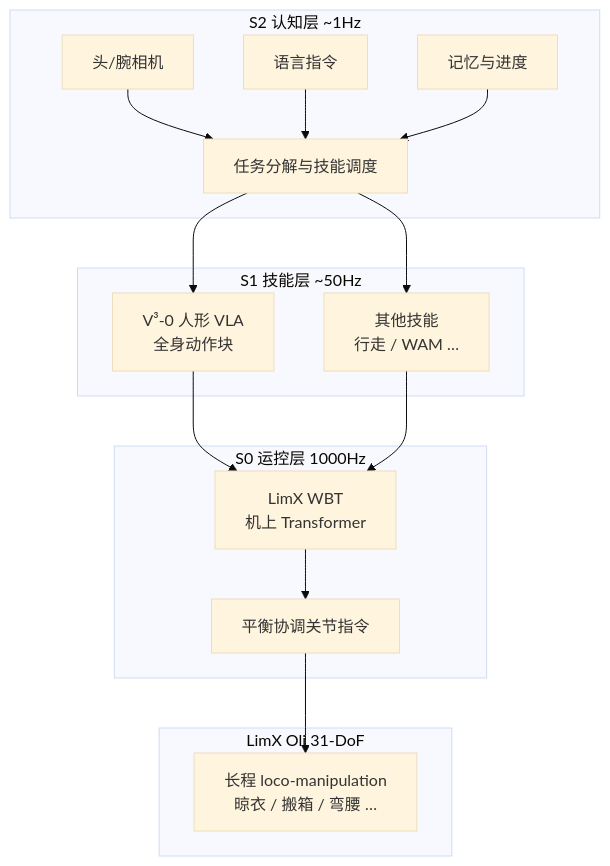
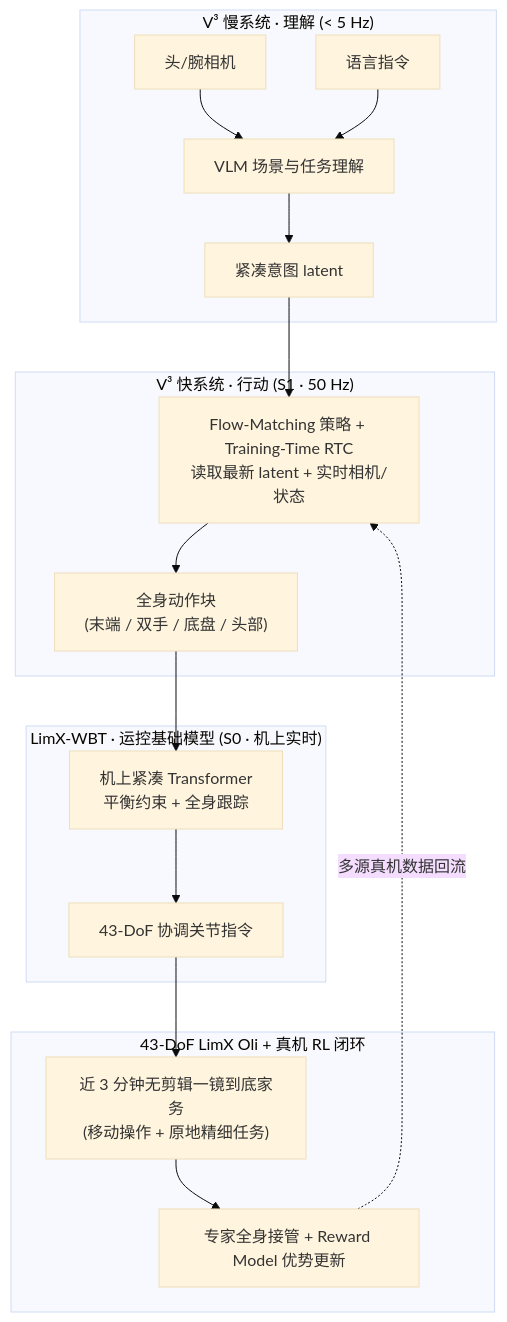
One commit to ImChong/Robotics_Notebooks changed the diagram in wiki/entities/limx-cosa.md. Above: the diagram before and after it, drawn with Mermaid (base theme). The commit also changed other lines of this file and 450 other files, not shown here.

Commit message:
[2026-11-22] ingest | sources/ & wiki/ — 补齐 33 家公司路线 165/167 节点一手原文通读、骨架与 Mermaid 图表至 3/3

````diff
--- a/wiki/entities/limx-cosa.md
+++ b/wiki/entities/limx-cosa.md
@@ -64,29 +69,27 @@
 ```mermaid
 flowchart TB
-  subgraph s2 [S2 认知层 ~1Hz]
+  subgraph s2 ["V³ 慢系统 · 理解 (&lt; 5 Hz)"]
     cam["头/腕相机"]
     lang["语言指令"]
-    mem["记忆与进度"]
-    plan["任务分解与技能调度"]
-    cam --> plan
-    lang --> plan
-    mem --> plan
+    vlm["VLM 场景与任务理解"]
+    lat["紧凑意图 latent"]
+    cam --> vlm --> lat
+    lang --> vlm
   end
-  subgraph s1 [S1 技能层 ~50Hz]
-    vla["V³-0 人形 VLA\n全身动作块"]
-    other["其他技能\n行走 / WAM …"]
-    plan --> vla
-    plan --> other
+  subgraph s1 ["V³ 快系统 · 行动 (S1 · 50 Hz)"]
+    fast["Flow-Matching 策略 + Training-Time RTC<br/>读取最新 latent + 实时相机/状态"]
+    chunk["全身动作块<br/>(末端 / 双手 / 底盘 / 头部)"]
+    lat --> fast --> chunk
   end
-  subgraph s0 [S0 运控层 1000Hz]
-    wbt["LimX WBT\n机上 Transformer"]
-    joints["平衡协调关节指令"]
-    vla --> wbt
-    other --> wbt
-    wbt --> joints
+  subgraph s0 ["LimX-WBT · 运控基础模型 (S0 · 机上实时)"]
+    wbt["机上紧凑 Transformer<br/>平衡约束 + 全身跟踪"]
+    joints["43-DoF 协调关节指令"]
+    chunk --> wbt --> joints
   end
-  subgraph body [LimX Oli 31-DoF]
-    task["长程 loco-manipulation\n晾衣 / 搬箱 / 弯腰 …"]
-    joints --> task
+  subgraph body ["43-DoF LimX Oli + 真机 RL 闭环"]
+    task["近 3 分钟无剪辑一镜到底家务<br/>(移动操作 + 原地精细任务)"]
+    hitl["专家全身接管 + Reward Model 优势更新"]
+    joints --> task --> hitl
+    hitl -.->|"多源真机数据回流"| fast
   end
 ```
````
